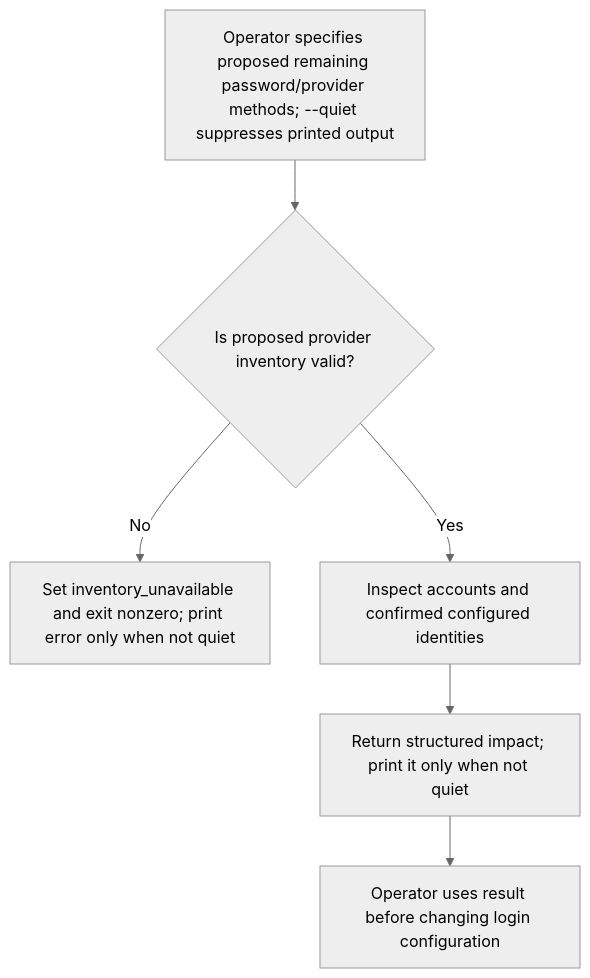
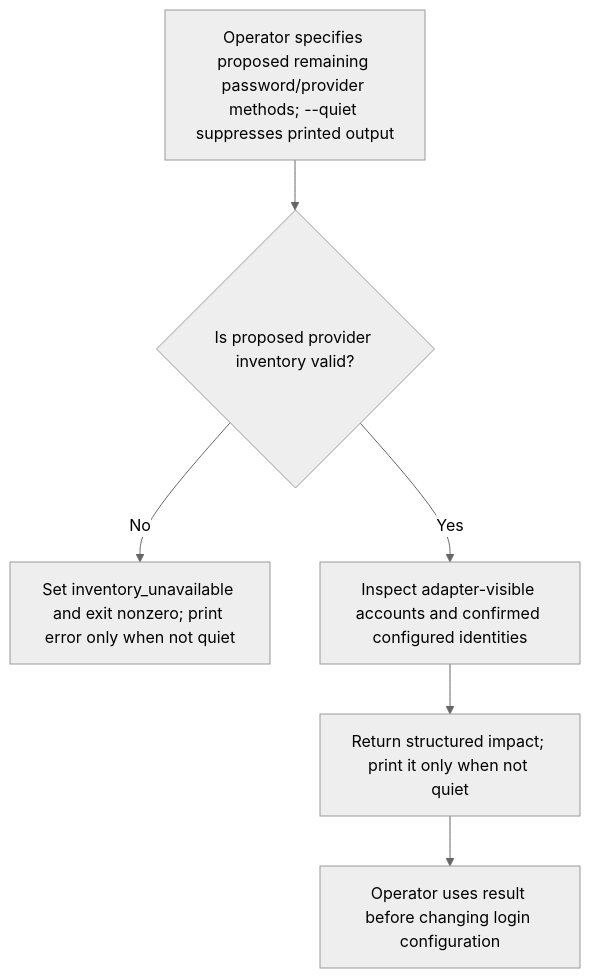
Before and after one commit to Kevinjohn/oss-adonisjs-account-kit: the first of 2 diagrams in user-stories/US-ACCOUNT-44-check-login-retirement-impact.md, drawn with Mermaid (neutral theme). The commit also changed other lines of this file and 7 other files, not shown here.

````diff
--- a/user-stories/US-ACCOUNT-44-check-login-retirement-impact.md
+++ b/user-stories/US-ACCOUNT-44-check-login-retirement-impact.md
@@ -19,8 +19,8 @@
 ```mermaid
 flowchart TD
  A["Operator specifies proposed remaining password/provider methods; --quiet suppresses printed output"] --> B{"Is proposed provider inventory valid?"}
  B -->|No| C["Set inventory_unavailable and exit nonzero; print error only when not quiet"]
- B -->|Yes| D["Inspect accounts and confirmed configured identities"]
+ B -->|Yes| D["Inspect adapter-visible accounts and confirmed configured identities"]
  D --> E["Return structured impact; print it only when not quiet"]
  E --> F["Operator uses result before changing login configuration"]
 ```
````
